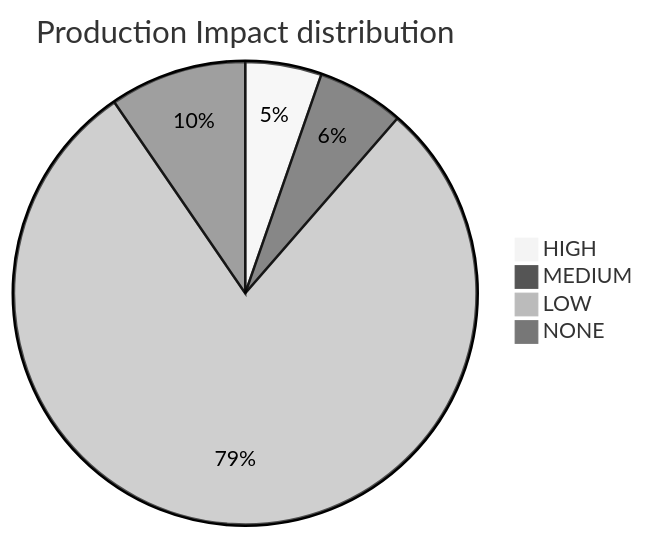
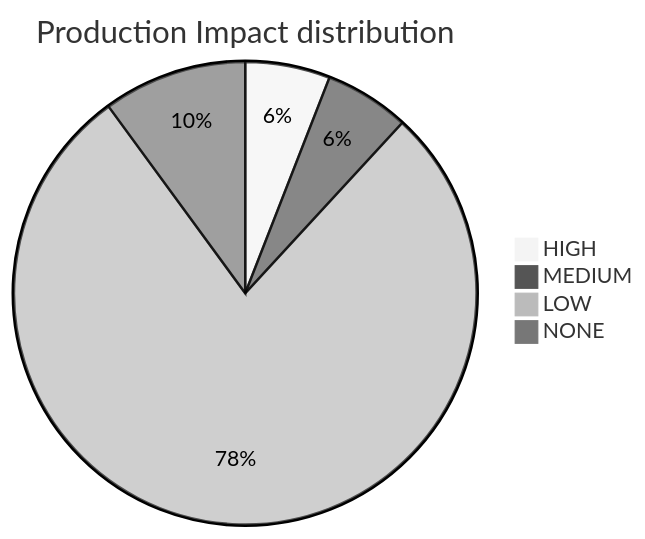
One commit to mikeybeezy/goldenpath-idp-infra changed the diagram in PLATFORM_HEALTH.md. Above: the diagram before and after it, drawn with Mermaid (neutral theme). The commit also changed other lines of this file and 22 other files, not shown here.

````diff
--- a/PLATFORM_HEALTH.md
+++ b/PLATFORM_HEALTH.md
@@ -65,7 +65,7 @@
 ```mermaid
 pie title Production Impact distribution
-    "HIGH" : 29
+    "HIGH" : 33
     "MEDIUM" : 33
-    "LOW" : 430
-    "NONE" : 52
+    "LOW" : 435
+    "NONE" : 56
 ```
````
